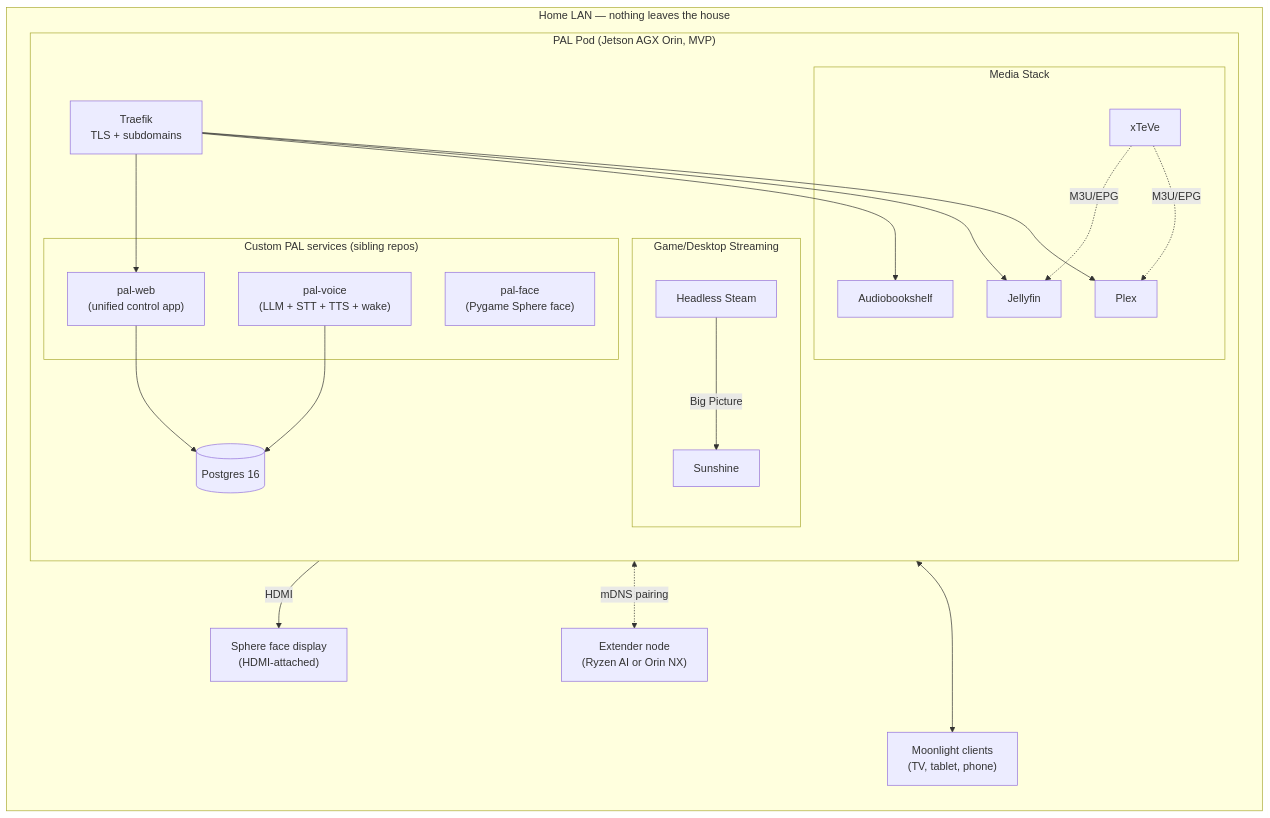
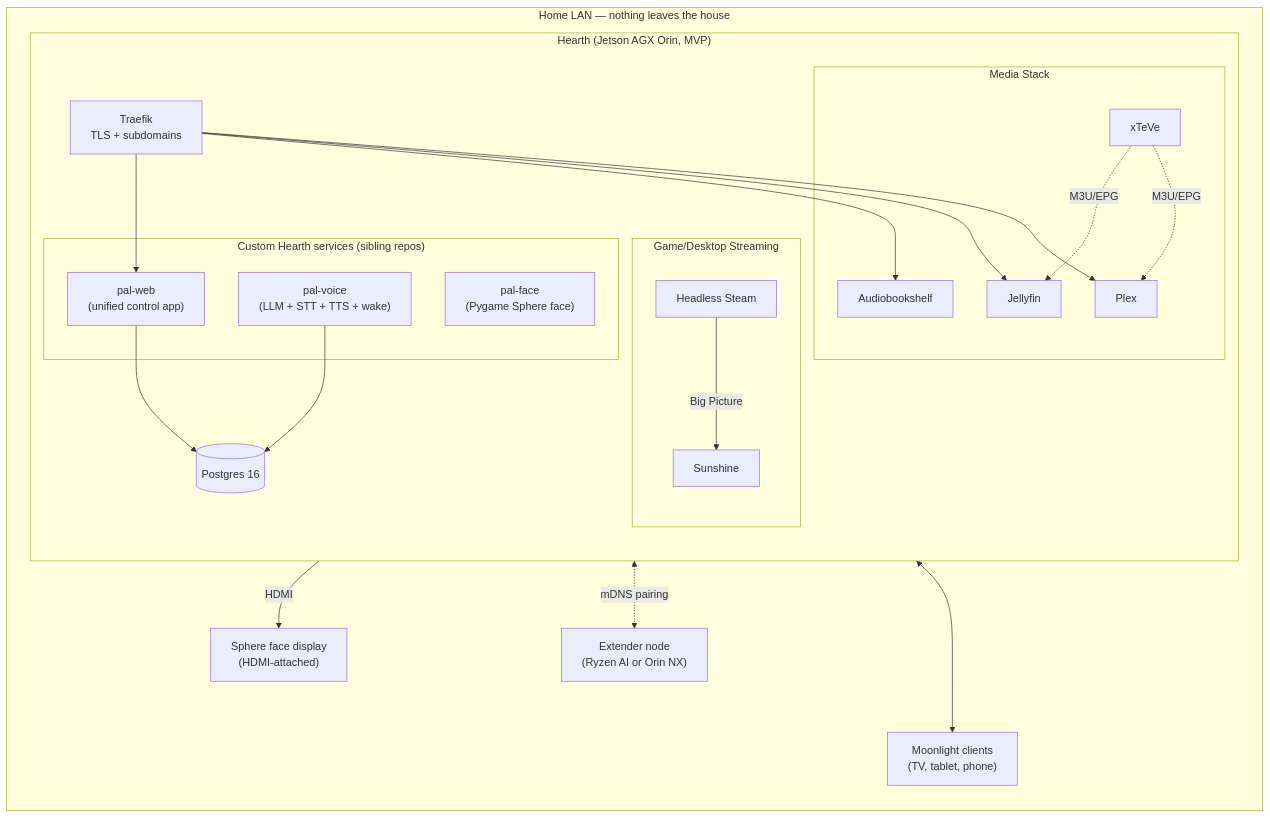
The diagram in README.md (A-Hackers-Guide/palpod-os), drawn with Mermaid before and after one commit. The commit also changed other lines of this file and 30 other files, not shown here.

First line of the commit message:
brand: sweep PAL Pod → Hearth, remove Mitchells refs (Sony IP)

````diff
--- a/README.md
+++ b/README.md
@@ -124,40 +124,40 @@
 ```mermaid
 flowchart LR
     subgraph LAN["Home LAN — nothing leaves the house"]
-        subgraph Pod["PAL Pod (Jetson AGX Orin, MVP)"]
+        subgraph Pod["Hearth (Jetson AGX Orin, MVP)"]
             direction TB
             Traefik["Traefik<br/>TLS + subdomains"]
             subgraph Media["Media Stack"]
                 Plex
                 Jellyfin
                 ABS["Audiobookshelf"]
                 xTeVe
             end
             subgraph Streaming["Game/Desktop Streaming"]
                 Sunshine
                 Steam["Headless Steam"]
             end
-            subgraph Custom["Custom PAL services (sibling repos)"]
+            subgraph Custom["Custom Hearth services (sibling repos)"]
                 PalWeb["pal-web<br/>(unified control app)"]
                 PalVoice["pal-voice<br/>(LLM + STT + TTS + wake)"]
                 PalFace["pal-face<br/>(Pygame Sphere face)"]
             end
             Postgres[(Postgres 16)]
             PalWeb --> Postgres
             PalVoice --> Postgres
             Traefik --> Plex
             Traefik --> Jellyfin
             Traefik --> ABS
             Traefik --> PalWeb
             xTeVe -.M3U/EPG.-> Plex
             xTeVe -.M3U/EPG.-> Jellyfin
             Steam --Big Picture--> Sunshine
         end
         Moonlight["Moonlight clients<br/>(TV, tablet, phone)"]
         Sphere["Sphere face display<br/>(HDMI-attached)"]
         Extender1["Extender node<br/>(Ryzen AI or Orin NX)"]
         Sunshine <---> Moonlight
         PalFace --HDMI--> Sphere
         Pod <-.mDNS pairing.-> Extender1
     end
 ```
````
